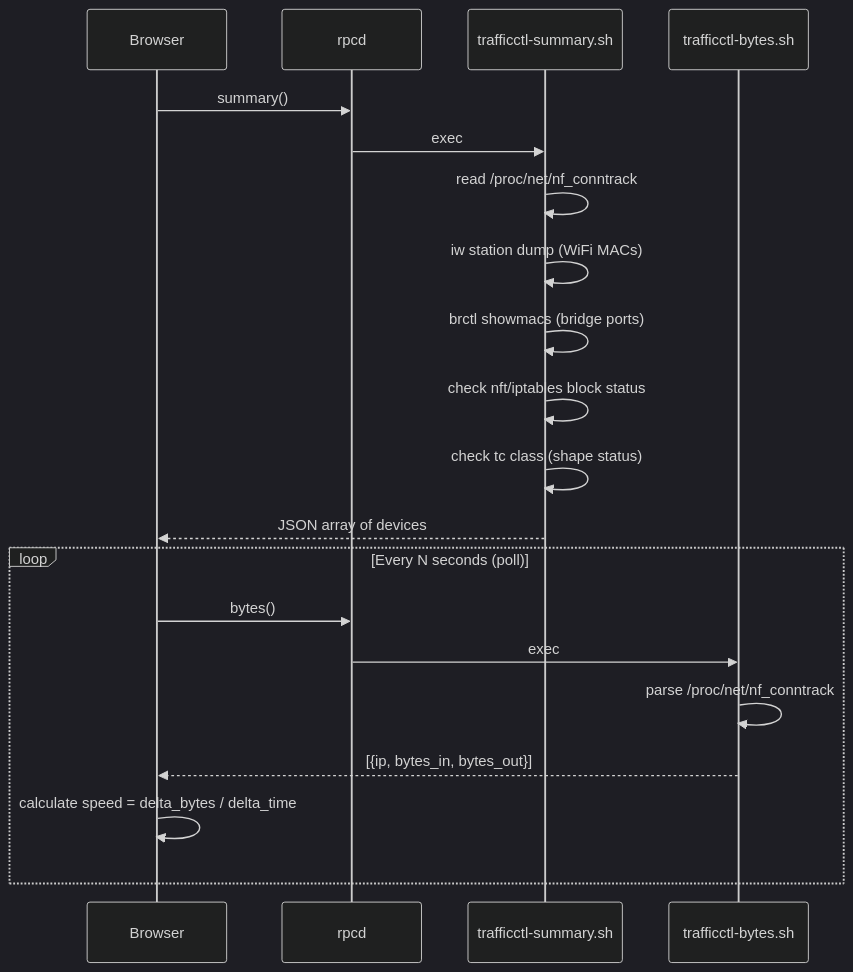
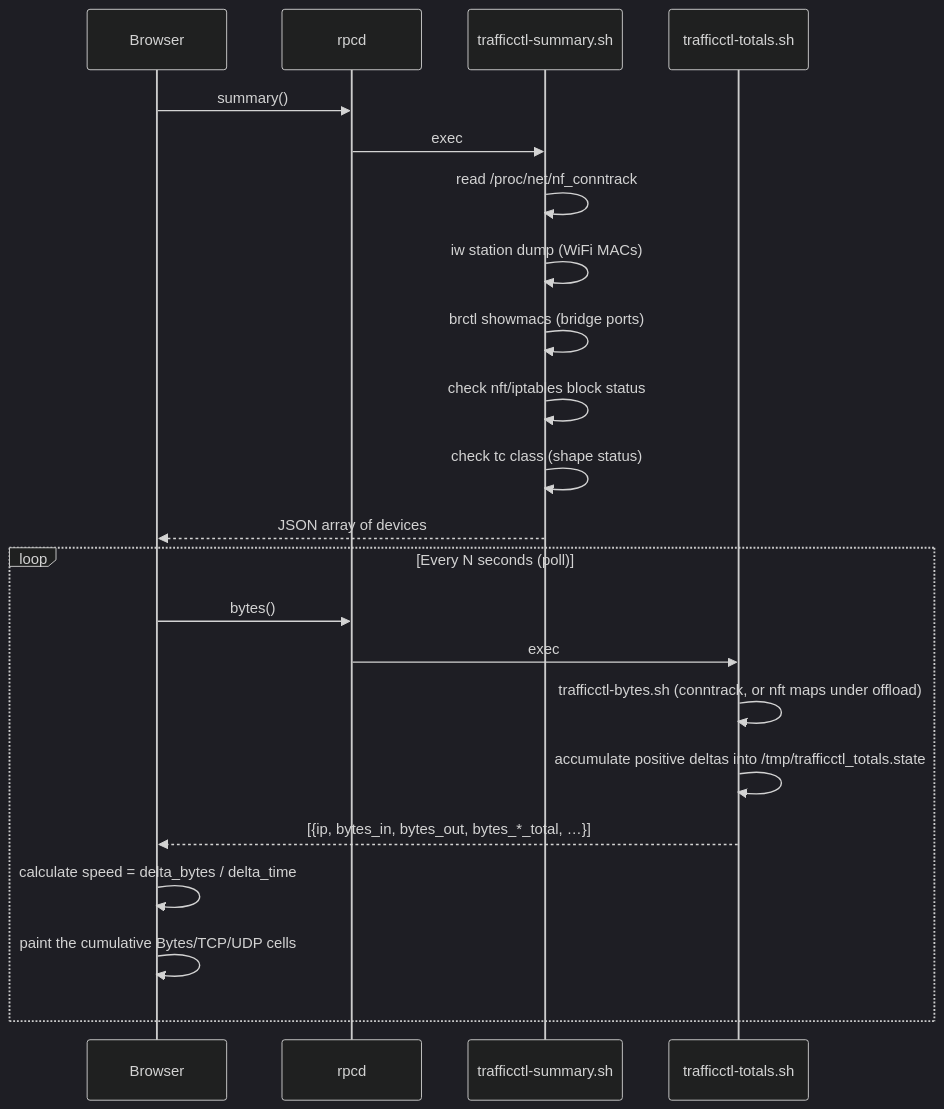
The second of 6 diagrams in docs/ARCHITECTURE.md (YusDyr/luci-app-trafficctl), drawn with Mermaid (dark theme) before and after one commit. The commit also changed other lines of this file and 15 other files, not shown here.

````diff
--- a/docs/ARCHITECTURE.md
+++ b/docs/ARCHITECTURE.md
@@ -102,24 +105,26 @@
 ```mermaid
 sequenceDiagram
     participant B as Browser
     participant R as rpcd
     participant S as trafficctl-summary.sh
-    participant BY as trafficctl-bytes.sh
+    participant BY as trafficctl-totals.sh
 
     B->>R: summary()
     R->>S: exec
     S->>S: read /proc/net/nf_conntrack
     S->>S: iw station dump (WiFi MACs)
     S->>S: brctl showmacs (bridge ports)
     S->>S: check nft/iptables block status
     S->>S: check tc class (shape status)
     S-->>B: JSON array of devices
 
     loop Every N seconds (poll)
         B->>R: bytes()
         R->>BY: exec
-        BY->>BY: parse /proc/net/nf_conntrack
-        BY-->>B: [{ip, bytes_in, bytes_out}]
+        BY->>BY: trafficctl-bytes.sh (conntrack, or nft maps under offload)
+        BY->>BY: accumulate positive deltas into /tmp/trafficctl_totals.state
+        BY-->>B: [{ip, bytes_in, bytes_out, bytes_*_total, …}]
         B->>B: calculate speed = delta_bytes / delta_time
+        B->>B: paint the cumulative Bytes/TCP/UDP cells
     end
 ```
````
